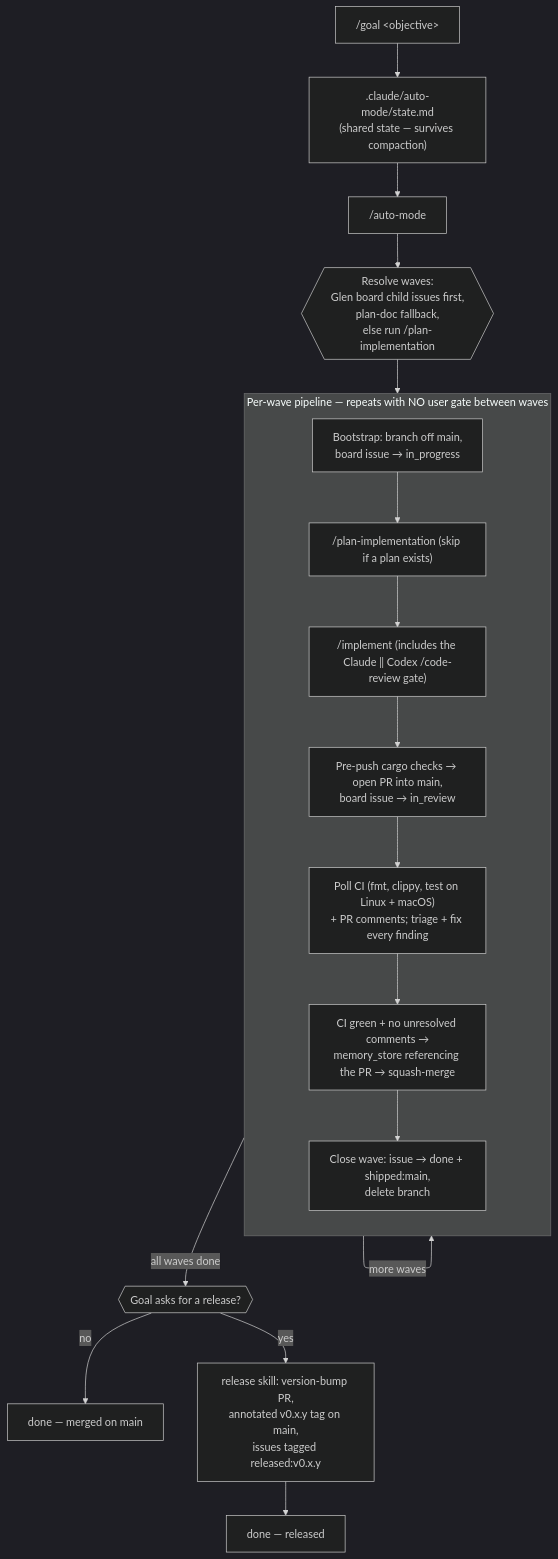
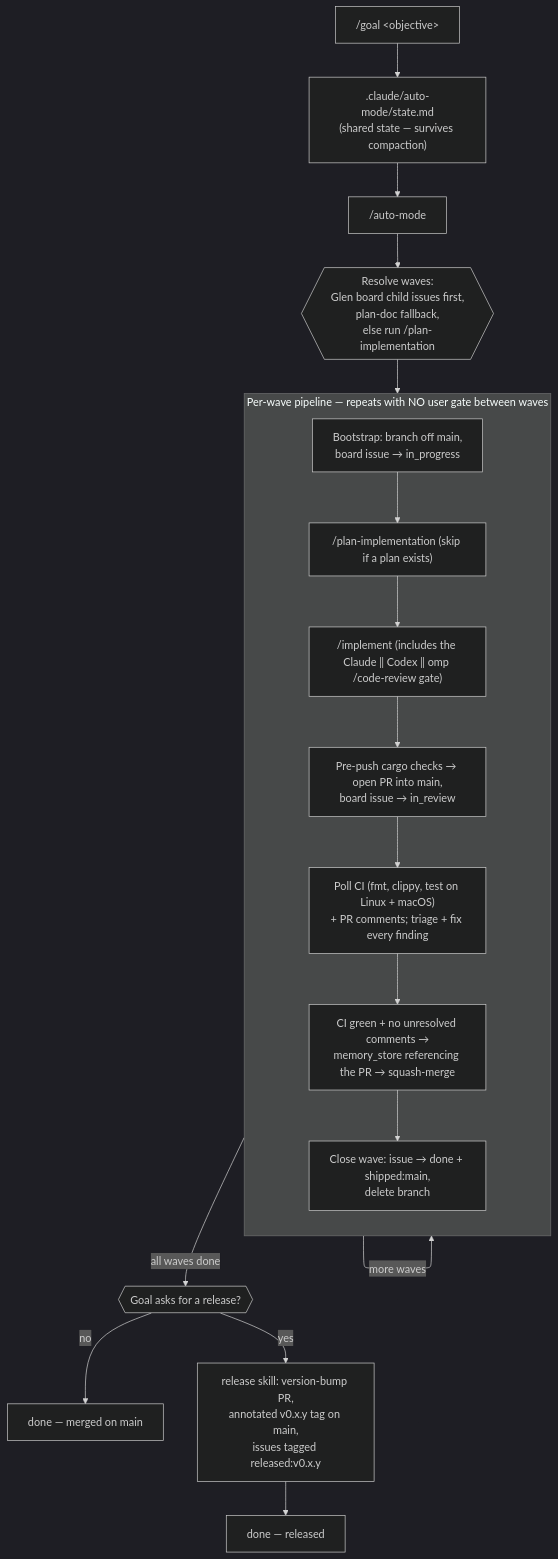
Before and after one commit to nodera-studio/glen: the first of 2 diagrams in .claude/commands/README.md, drawn with Mermaid (dark theme). The commit also changed other lines of this file and 11 other files, not shown here.

First line of the commit message:
chore(harness): self-improvement batch 12 — omp engine as third /code-review pass (#33)

````diff
--- a/.claude/commands/README.md
+++ b/.claude/commands/README.md
@@ -81,27 +81,27 @@
 ```mermaid
 flowchart TD
     G["/goal &lt;objective&gt;"] --> ST[".claude/auto-mode/state.md<br/>(shared state — survives compaction)"]
     ST --> AM["/auto-mode"]
 
     AM --> RESOLVE{{"Resolve waves:<br/>Glen board child issues first,<br/>plan-doc fallback,<br/>else run /plan-implementation"}}
 
     RESOLVE --> WAVE
 
     subgraph WAVE["Per-wave pipeline — repeats with NO user gate between waves"]
         direction TB
         W1["Bootstrap: branch off main,<br/>board issue → in_progress"]
         W2["/plan-implementation (skip if a plan exists)"]
-        W3["/implement (includes the Claude ‖ Codex /code-review gate)"]
+        W3["/implement (includes the Claude ‖ Codex ‖ omp /code-review gate)"]
         W4["Pre-push cargo checks → open PR into main,<br/>board issue → in_review"]
         W5["Poll CI (fmt, clippy, test on Linux + macOS)<br/>+ PR comments; triage + fix every finding"]
         W6["CI green + no unresolved comments →<br/>memory_store referencing the PR → squash-merge"]
         W7["Close wave: issue → done + shipped:main,<br/>delete branch"]
         W1 --> W2 --> W3 --> W4 --> W5 --> W6 --> W7
     end
 
     WAVE -->|"more waves"| WAVE
     WAVE -->|"all waves done"| DONE{{"Goal asks for a release?"}}
     DONE -->|no| FIN1["done — merged on main"]
     DONE -->|yes| REL["release skill: version-bump PR,<br/>annotated v0.x.y tag on main,<br/>issues tagged released:v0.x.y"]
     REL --> FIN2["done — released"]
 ```
````
